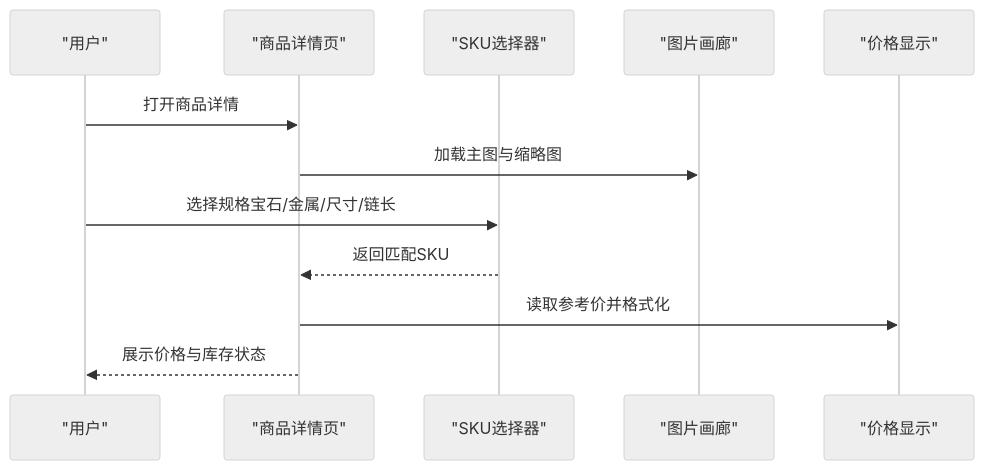
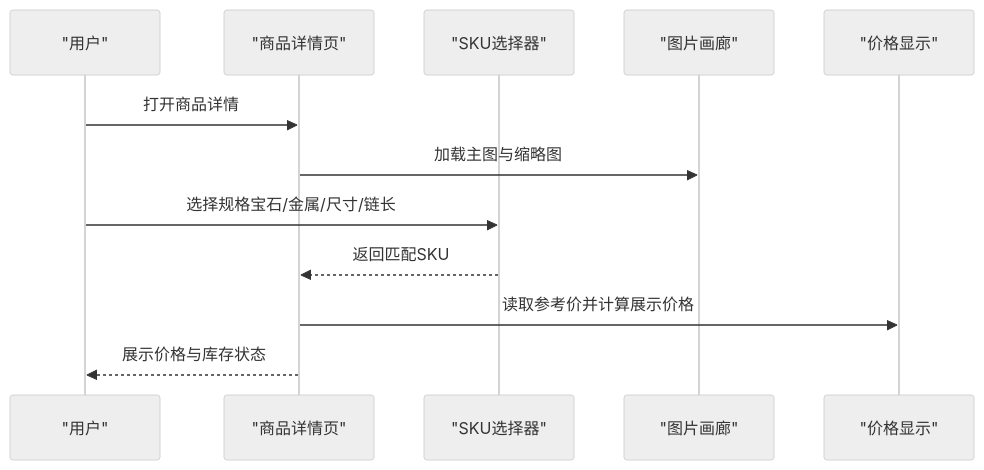
Before and after one commit to three3638-arch/celestia_2b: the fifth of 9 diagrams in .qoder/repowiki/zh/content/前台商店系统/商品展示系统/商品展示系统.md, drawn with Mermaid (neutral theme). The commit also changed other lines of this file and 6 other files, not shown here.

````diff
--- a/.qoder/repowiki/zh/content/前台商店系统/商品展示系统/商品展示系统.md
+++ b/.qoder/repowiki/zh/content/前台商店系统/商品展示系统/商品展示系统.md
@@ -340,14 +402,14 @@
 ```mermaid
 sequenceDiagram
 participant U as "用户"
 participant D as "商品详情页"
 participant S as "SKU选择器"
 participant I as "图片画廊"
 participant P as "价格显示"
 U->>D : 打开商品详情
 D->>I : 加载主图与缩略图
 U->>S : 选择规格宝石/金属/尺寸/链长
 S-->>D : 返回匹配SKU
-D->>P : 读取参考价并格式化
+D->>P : 读取参考价并计算展示价格
 D-->>U : 展示价格与库存状态
 ```
````
